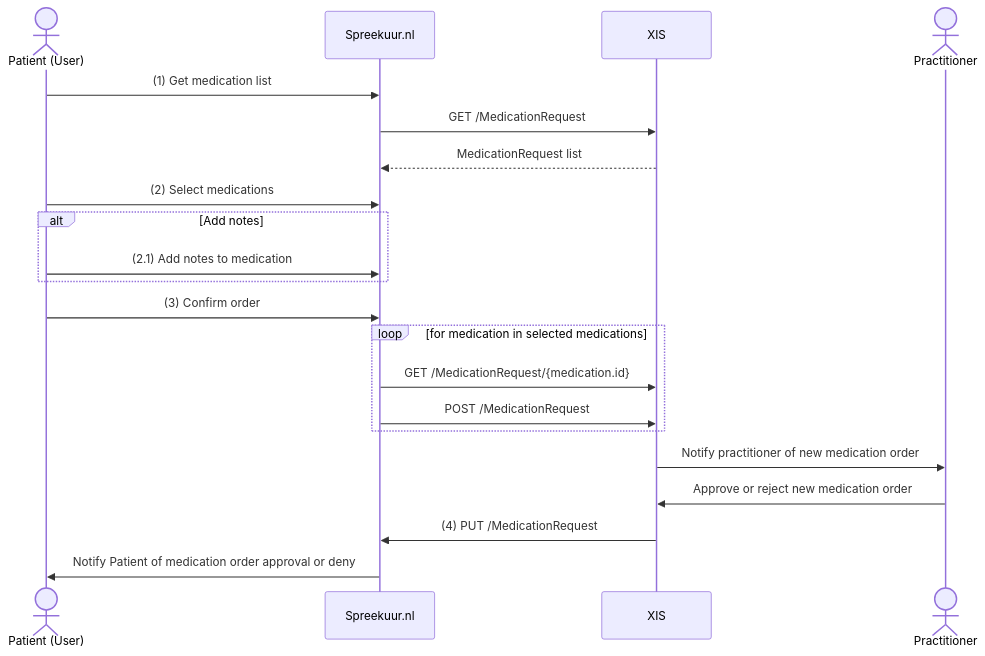
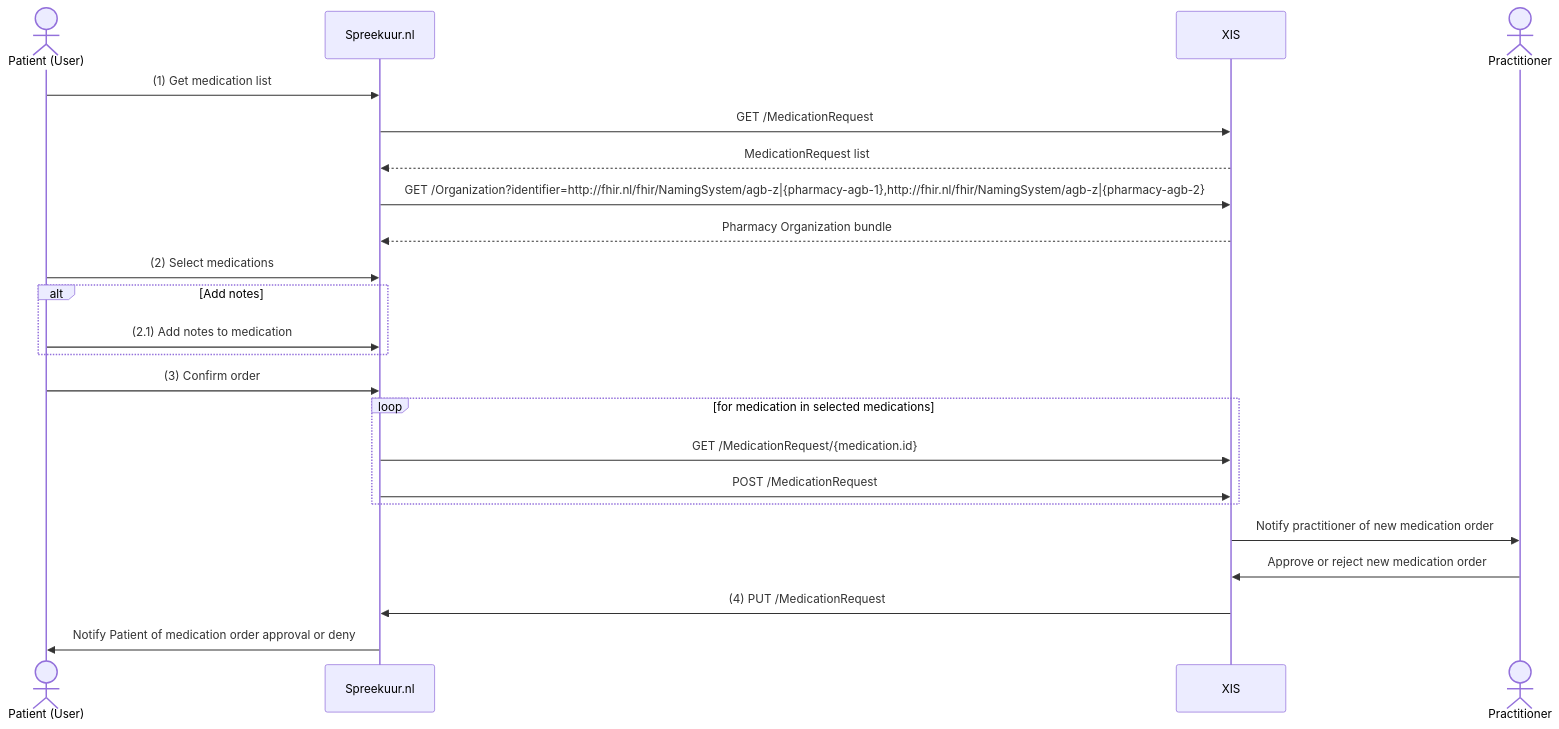
The first of 2 diagrams in docs/features/medication/medications.md (topicushealthcare/spreekuur-docs), drawn with Mermaid before and after one commit. The commit also changed other lines of this file and 1 other file, not shown here.

Commit message:
SSAM-7525-add-docs-medication-order-pharmacy (#31)

````diff
--- a/docs/features/medication/medications.md
+++ b/docs/features/medication/medications.md
@@ -26,24 +26,26 @@
 ```mermaid
 sequenceDiagram
     actor Patient (User)
     participant Spreekuur.nl
     participant XIS
     actor Practitioner
     
     Patient (User)->>Spreekuur.nl: (1) Get medication list
     Spreekuur.nl->>XIS: GET /MedicationRequest
     XIS-->>Spreekuur.nl: MedicationRequest list
+    Spreekuur.nl->>XIS: GET /Organization?identifier=http://fhir.nl/fhir/NamingSystem/agb-z|{pharmacy-agb-1},http://fhir.nl/fhir/NamingSystem/agb-z|{pharmacy-agb-2}
+    XIS-->>Spreekuur.nl: Pharmacy Organization bundle
     Patient (User)->>Spreekuur.nl: (2) Select medications
     alt Add notes
         Patient (User)->>Spreekuur.nl: (2.1) Add notes to medication
     end
     Patient (User)->>Spreekuur.nl: (3) Confirm order
     loop for medication in selected medications
         Spreekuur.nl->>XIS: GET /MedicationRequest/{medication.id}
         Spreekuur.nl->>XIS: POST /MedicationRequest
     end
     XIS->>Practitioner: Notify practitioner of new medication order
     Practitioner->>XIS: Approve or reject new medication order
     XIS->>Spreekuur.nl: (4) PUT /MedicationRequest
     Spreekuur.nl->>Patient (User): Notify Patient of medication order approval or deny 
 ```
````
